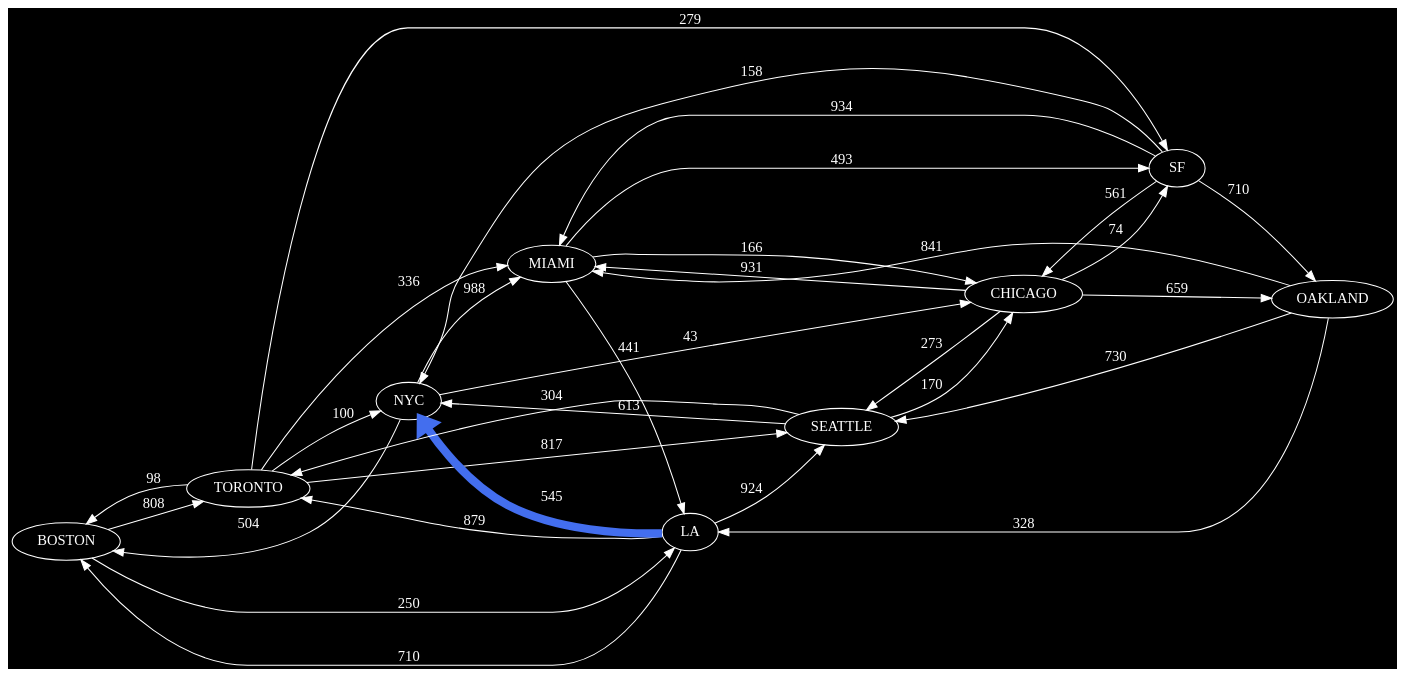
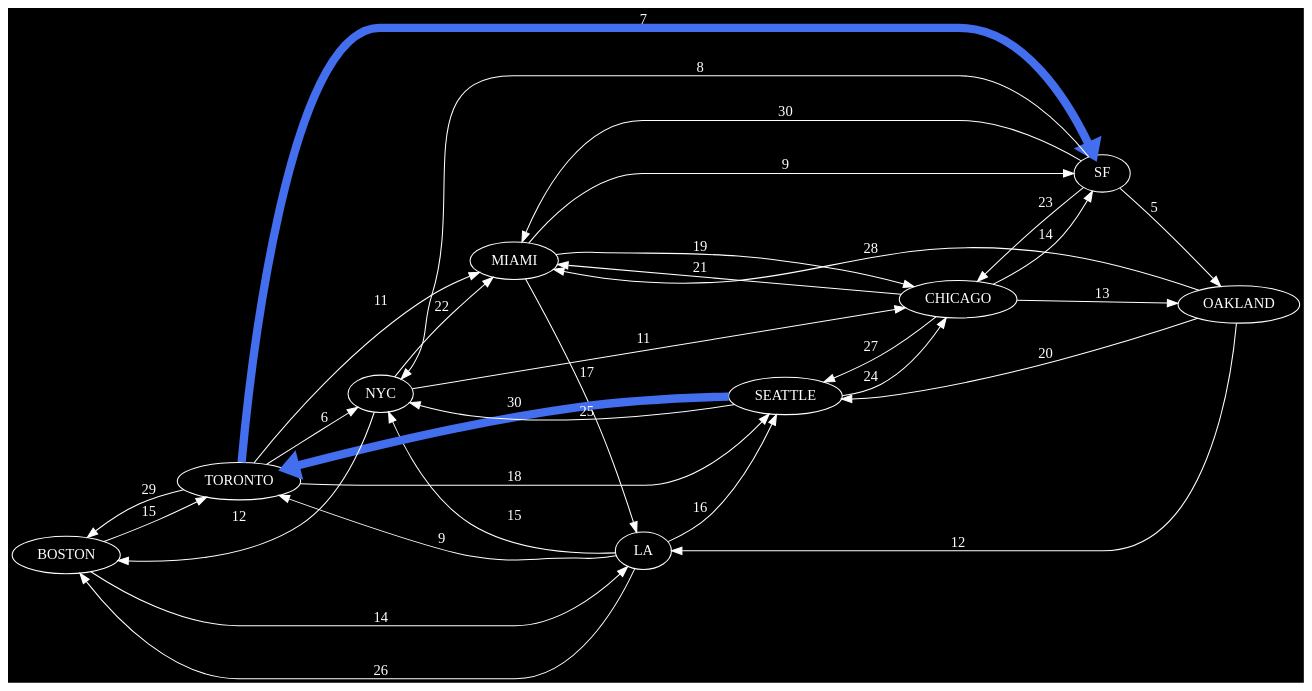
The diagram in final_project/dots/track_route.dot (isco355/cis_25), drawn with Graphviz before and after one commit. The commit also changed 10 other files, not shown here.

```diff
--- a/final_project/dots/track_route.dot
+++ b/final_project/dots/track_route.dot
@@ -1,36 +1,37 @@
 digraph {
 rankdir=LR ;
 bgcolor="black";node [fontcolor="white",color="white"];
-edge[color="white", fontcolor ="white"];BOSTON -> TORONTO [label="808",weight="808"];
-BOSTON -> LA [label="250",weight="250"];
-CHICAGO -> SF [label="74",weight="74"];
-CHICAGO -> OAKLAND [label="659",weight="659"];
-CHICAGO -> MIAMI [label="931",weight="931"];
-CHICAGO -> SEATTLE [label="273",weight="273"];
-LA -> NYC [label="545",weight="545",color=royalblue2,penwidth=8.0,fontSize=20,shape=Msquare];
+edge[color="white", fontcolor ="white"];BOSTON -> TORONTO [label="15",weight="15"];
+BOSTON -> LA [label="14",weight="14"];
+CHICAGO -> SF [label="14",weight="14"];
+CHICAGO -> OAKLAND [label="13",weight="13"];
+CHICAGO -> MIAMI [label="21",weight="21"];
+CHICAGO -> SEATTLE [label="27",weight="27"];
+LA -> NYC [label="15",weight="15"];
+LA -> TORONTO [label="9",weight="9"];
+LA -> SEATTLE [label="16",weight="16"];
+LA -> BOSTON [label="26",weight="26"];
+MIAMI -> LA [label="17",weight="17"];
+MIAMI -> CHICAGO [label="19",weight="19"];
+MIAMI -> SF [label="9",weight="9"];
+NYC -> CHICAGO [label="11",weight="11"];
+NYC -> MIAMI [label="22",weight="22"];
+NYC -> BOSTON [label="12",weight="12"];
+OAKLAND -> LA [label="12",weight="12"];
+OAKLAND -> SEATTLE [label="20",weight="20"];
+OAKLAND -> MIAMI [label="28",weight="28"];
+SEATTLE -> NYC [label="25",weight="25"];
+SEATTLE -> TORONTO [label="30",weight="30",color=royalblue2,penwidth=8.0,fontSize=20,shape=Msquare];
 
-LA -> TORONTO [label="879",weight="879"];
-LA -> SEATTLE [label="924",weight="924"];
-LA -> BOSTON [label="710",weight="710"];
-MIAMI -> LA [label="441",weight="441"];
-MIAMI -> CHICAGO [label="166",weight="166"];
-MIAMI -> SF [label="493",weight="493"];
-NYC -> CHICAGO [label="43",weight="43"];
-NYC -> MIAMI [label="988",weight="988"];
-NYC -> BOSTON [label="504",weight="504"];
-OAKLAND -> LA [label="328",weight="328"];
-OAKLAND -> SEATTLE [label="730",weight="730"];
-OAKLAND -> MIAMI [label="841",weight="841"];
-SEATTLE -> NYC [label="613",weight="613"];
-SEATTLE -> TORONTO [label="304",weight="304"];
-SEATTLE -> CHICAGO [label="170",weight="170"];
-SF -> OAKLAND [label="710",weight="710"];
-SF -> NYC [label="158",weight="158"];
-SF -> CHICAGO [label="561",weight="561"];
-SF -> MIAMI [label="934",weight="934"];
-TORONTO -> NYC [label="100",weight="100"];
-TORONTO -> SF [label="279",weight="279"];
-TORONTO -> SEATTLE [label="817",weight="817"];
-TORONTO -> MIAMI [label="336",weight="336"];
-TORONTO -> BOSTON [label="98",weight="98"];
+SEATTLE -> CHICAGO [label="24",weight="24"];
+SF -> OAKLAND [label="5",weight="5"];
+SF -> NYC [label="8",weight="8"];
+SF -> CHICAGO [label="23",weight="23"];
+SF -> MIAMI [label="30",weight="30"];
+TORONTO -> NYC [label="6",weight="6"];
+TORONTO -> SF [label="7",weight="7",color=royalblue2,penwidth=8.0,fontSize=20,shape=Msquare];
+
+TORONTO -> SEATTLE [label="18",weight="18"];
+TORONTO -> MIAMI [label="11",weight="11"];
+TORONTO -> BOSTON [label="29",weight="29"];
 }
```
